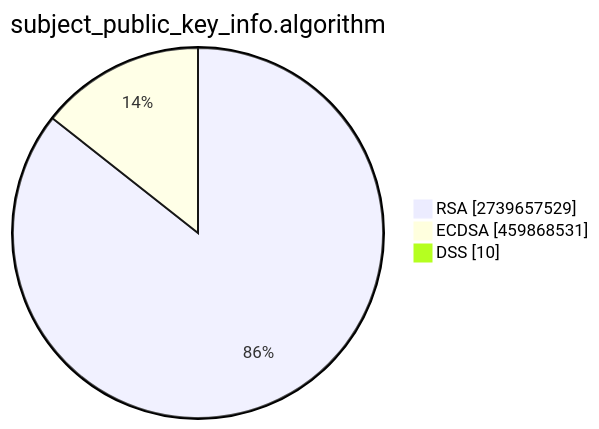
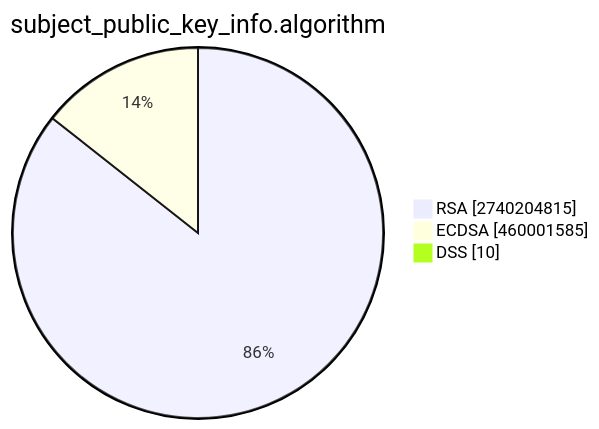
One commit to christiankrug/ctmonitor_visualization changed the second of 15 diagrams in TOTAL/README.md. Above: the diagram before and after it, drawn with Mermaid. The commit also changed other lines of this file, not shown here.

````diff
--- a/TOTAL/README.md
+++ b/TOTAL/README.md
@@ -6,7 +6,7 @@
 ```mermaid
 pie showData
 title subject_public_key_info.algorithm
-"RSA" :2739657529
-"ECDSA" :459868531
+"RSA" :2740204815
+"ECDSA" :460001585
 "DSS" :10
 ```
````
